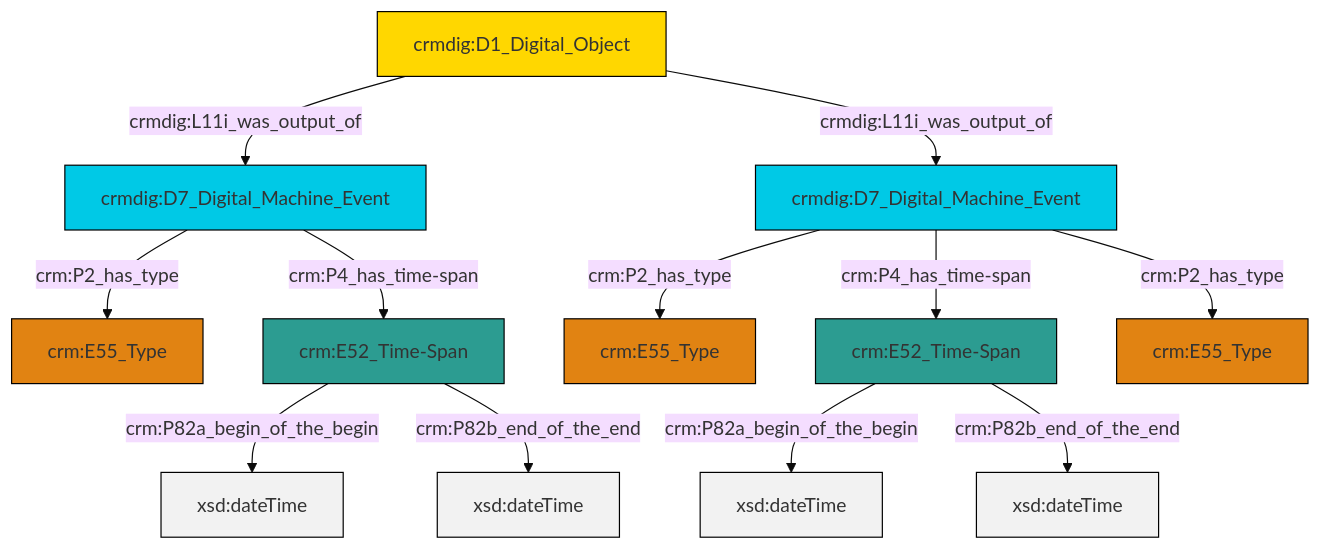
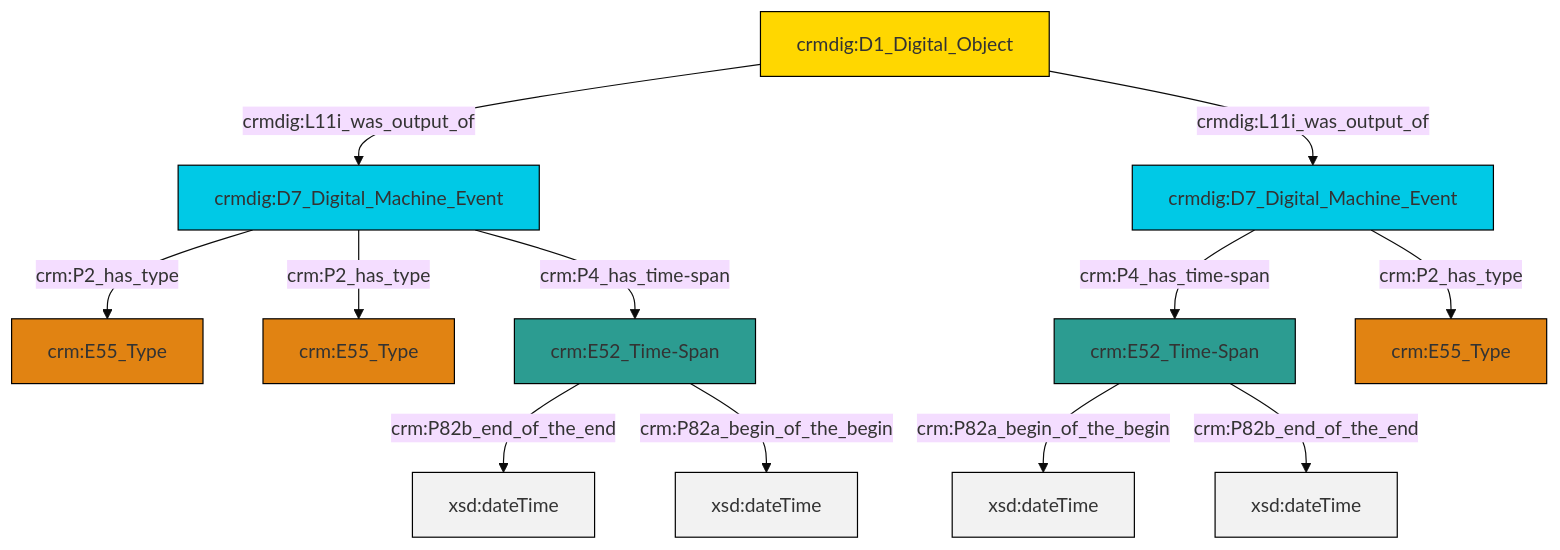
The diagram in et/doCSV/ttl/mmd/do_existence.ttl.mmd (swiss-art-research-net/docs.swissartresearch), drawn with Mermaid (base theme) before and after one commit. The commit also changed 146 other files, not shown here.

```diff
--- a/et/doCSV/ttl/mmd/do_existence.ttl.mmd
+++ b/et/doCSV/ttl/mmd/do_existence.ttl.mmd
@@ -1,26 +1,26 @@
 graph TD
 classDef Literal fill:#f2f2f2,stroke:#000000;
 classDef CRM_Entity fill:#FFFFFF,stroke:#000000;
 classDef Temporal_Entity fill:#00C9E6, stroke:#000000;
 classDef Type fill:#E18312, stroke:#000000;
 classDef Time-Span fill:#2C9C91, stroke:#000000;
 classDef Appellation fill:#FFEB7F, stroke:#000000;
 classDef Place fill:#008836, stroke:#000000;
 classDef Persistent_Item fill:#B266B2, stroke:#000000;
 classDef Conceptual_Object fill:#FFD700, stroke:#000000;
 classDef Physical_Thing fill:#D2B48C, stroke:#000000;
 classDef Actor fill:#f58aad, stroke:#000000;
 classDef PC_Classes fill:#4ce600, stroke:#000000;
 classDef Multi fill:#cccccc,stroke:#000000;
 
-2["crmdig:D7_Digital_Machine_Event"]:::Temporal_Entity -->|crm:P4_has_time-span| 4["crm:E52_Time-Span"]:::Time-Span
-4["crm:E52_Time-Span"]:::Time-Span -->|crm:P82a_begin_of_the_begin| 5[xsd:dateTime]:::Literal
-7["crmdig:D1_Digital_Object"]:::Conceptual_Object -->|crmdig:L11i_was_output_of| 2["crmdig:D7_Digital_Machine_Event"]:::Temporal_Entity
-4["crm:E52_Time-Span"]:::Time-Span -->|crm:P82b_end_of_the_end| 8[xsd:dateTime]:::Literal
-11["crmdig:D7_Digital_Machine_Event"]:::Temporal_Entity -->|crm:P4_has_time-span| 12["crm:E52_Time-Span"]:::Time-Span
-12["crm:E52_Time-Span"]:::Time-Span -->|crm:P82a_begin_of_the_begin| 13[xsd:dateTime]:::Literal
+2["crmdig:D7_Digital_Machine_Event"]:::Temporal_Entity -->|crm:P4_has_time-span| 3["crm:E52_Time-Span"]:::Time-Span
+3["crm:E52_Time-Span"]:::Time-Span -->|crm:P82a_begin_of_the_begin| 8[xsd:dateTime]:::Literal
+6["crmdig:D7_Digital_Machine_Event"]:::Temporal_Entity -->|crm:P2_has_type| 11["crm:E55_Type"]:::Type
+6["crmdig:D7_Digital_Machine_Event"]:::Temporal_Entity -->|crm:P2_has_type| 9["crm:E55_Type"]:::Type
+4["crm:E52_Time-Span"]:::Time-Span -->|crm:P82b_end_of_the_end| 15[xsd:dateTime]:::Literal
+3["crm:E52_Time-Span"]:::Time-Span -->|crm:P82b_end_of_the_end| 17[xsd:dateTime]:::Literal
+6["crmdig:D7_Digital_Machine_Event"]:::Temporal_Entity -->|crm:P4_has_time-span| 4["crm:E52_Time-Span"]:::Time-Span
 2["crmdig:D7_Digital_Machine_Event"]:::Temporal_Entity -->|crm:P2_has_type| 0["crm:E55_Type"]:::Type
-11["crmdig:D7_Digital_Machine_Event"]:::Temporal_Entity -->|crm:P2_has_type| 9["crm:E55_Type"]:::Type
-12["crm:E52_Time-Span"]:::Time-Span -->|crm:P82b_end_of_the_end| 16[xsd:dateTime]:::Literal
-11["crmdig:D7_Digital_Machine_Event"]:::Temporal_Entity -->|crm:P2_has_type| 17["crm:E55_Type"]:::Type
-7["crmdig:D1_Digital_Object"]:::Conceptual_Object -->|crmdig:L11i_was_output_of| 11["crmdig:D7_Digital_Machine_Event"]:::Temporal_Entity
+4["crm:E52_Time-Span"]:::Time-Span -->|crm:P82a_begin_of_the_begin| 20[xsd:dateTime]:::Literal
+21["crmdig:D1_Digital_Object"]:::Conceptual_Object -->|crmdig:L11i_was_output_of| 6["crmdig:D7_Digital_Machine_Event"]:::Temporal_Entity
+21["crmdig:D1_Digital_Object"]:::Conceptual_Object -->|crmdig:L11i_was_output_of| 2["crmdig:D7_Digital_Machine_Event"]:::Temporal_Entity
```
